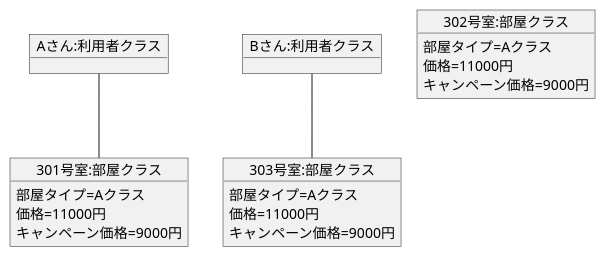
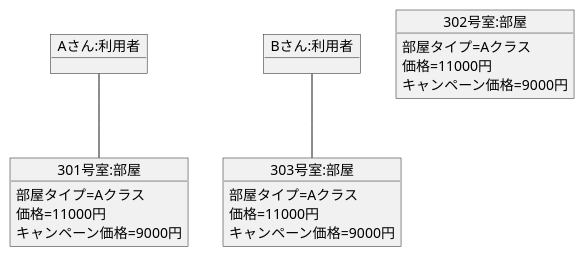
One commit to Raiki215/uml-introduction changed the diagram in 演習3-5_OBJ_ホテル宿泊予約.pu. Above: the diagram before and after it, drawn with PlantUML. The commit also changed 4 other files, not shown here.

```diff
--- a/演習3-5_OBJ_ホテル宿泊予約.pu
+++ b/演習3-5_OBJ_ホテル宿泊予約.pu
@@ -1,26 +1,26 @@
 @startuml 演習３－５
-object "Aさん:利用者クラス" as A{
+object "Aさん:利用者" as A{
 
 }
-object "Bさん:利用者クラス" as B{
+object "Bさん:利用者" as B{
 
 }
-object "301号室:部屋クラス" as 301{
+object "301号室:部屋" as 301{
     部屋タイプ=Aクラス
     価格=11000円
     キャンペーン価格=9000円
 }
-object "302号室:部屋クラス" as 302{
+object "302号室:部屋" as 302{
     部屋タイプ=Aクラス
     価格=11000円
     キャンペーン価格=9000円
 }
-object "303号室:部屋クラス" as 303{
+object "303号室:部屋" as 303{
     部屋タイプ=Aクラス
     価格=11000円
     キャンペーン価格=9000円
 }
 
 A--301
 B--303
 @enduml
```
